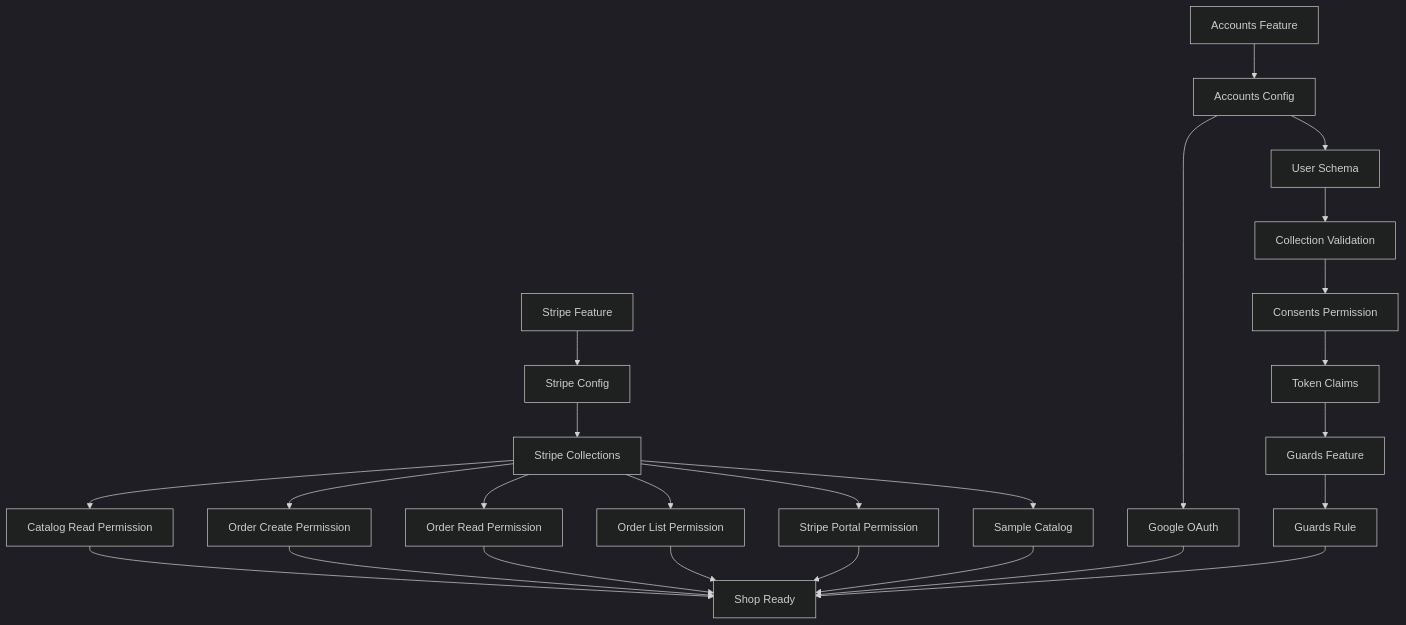
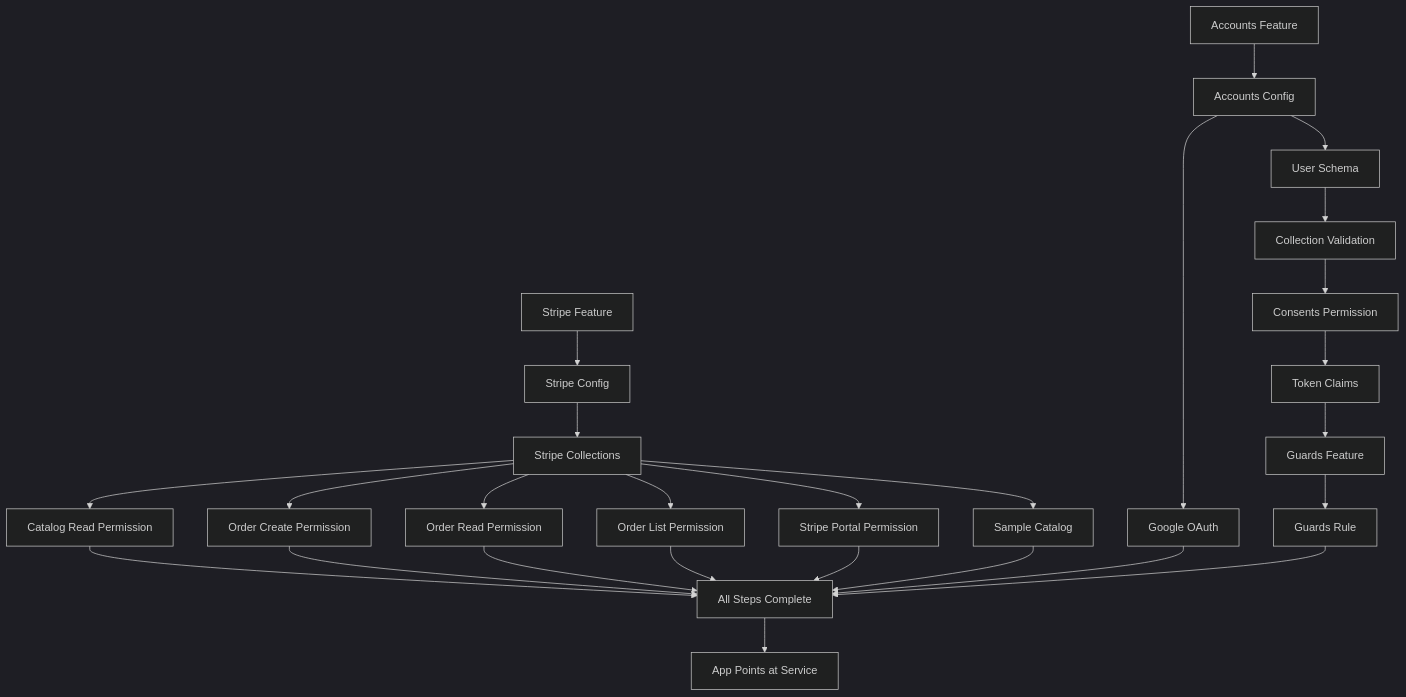
One commit to ulabase/starter-ecommerce changed the second of 2 diagrams in openwiki/concepts/service-setup.md. Above: the diagram before and after it, drawn with Mermaid (dark theme). The commit also changed other lines of this file and 32 other files, not shown here.

````diff
--- a/openwiki/concepts/service-setup.md
+++ b/openwiki/concepts/service-setup.md
@@ -166,29 +169,31 @@
 ```mermaid
 flowchart TD
     A[Stripe Feature] --> B[Stripe Config]
     B --> C[Stripe Collections]
     C --> D[Catalog Read Permission]
     C --> E[Order Create Permission]
     C --> F[Order Read Permission]
     C --> G[Order List Permission]
     C --> H[Stripe Portal Permission]
     C --> I[Sample Catalog]
     
     J[Accounts Feature] --> K[Accounts Config]
     K --> L[Google OAuth]
     K --> M[User Schema]
     M --> N[Collection Validation]
     N --> O[Consents Permission]
     O --> P[Token Claims]
     P --> Q[Guards Feature]
     Q --> R[Guards Rule]
     
-    D --> S[Shop Ready]
+    D --> S[All Steps Complete]
     E --> S
     F --> S
     G --> S
     H --> S
     I --> S
     L --> S
     R --> S
+    
+    S --> T[App Points at Service]
 ```
````
